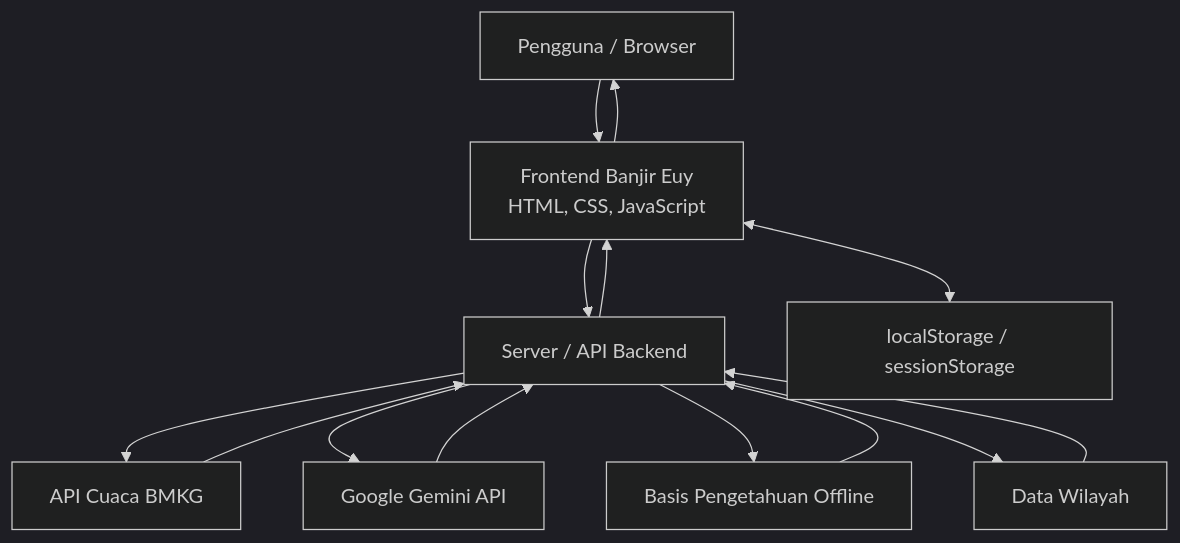
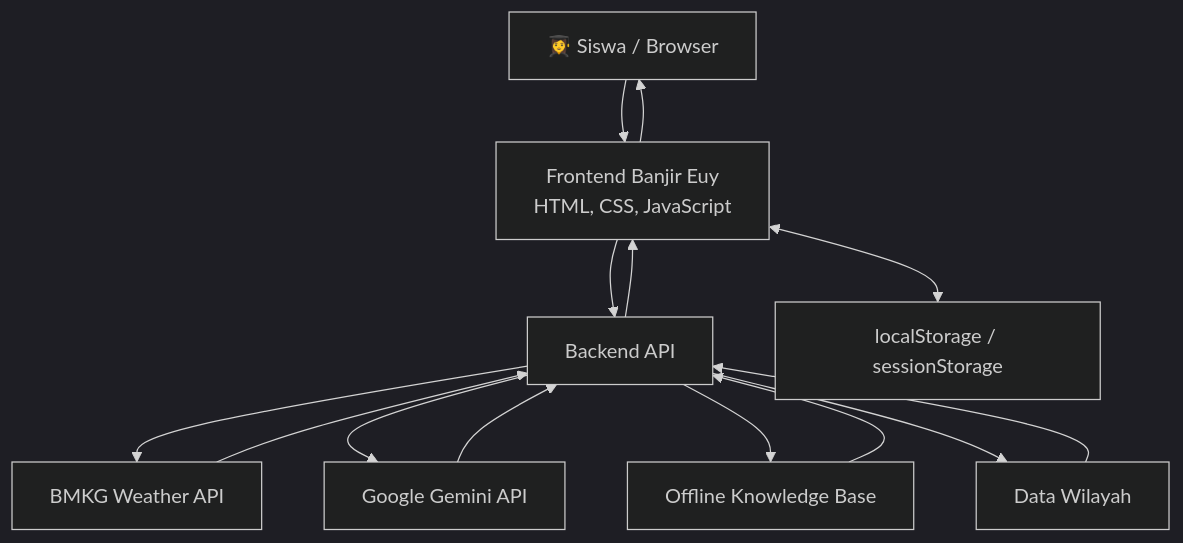
Before and after one commit to arzhellaalyanaalcaf-byte/logicodix2026-gass-aja: the diagram in README.md, drawn with Mermaid (dark theme). The commit also changed other lines of this file, not shown here.

````diff
--- a/README.md
+++ b/README.md
@@ -105,25 +126,25 @@
 ```mermaid
 flowchart TD
-    A["Pengguna / Browser"]
+    A["👩‍🎓 Siswa / Browser"]
     B["Frontend Banjir Euy<br/>HTML, CSS, JavaScript"]
-    C["Server / API Backend"]
-    D["API Cuaca BMKG"]
+    C["Backend API"]
+    D["BMKG Weather API"]
     E["Google Gemini API"]
-    F["Basis Pengetahuan Offline"]
+    F["Offline Knowledge Base"]
     G["Data Wilayah"]
     H["localStorage / sessionStorage"]
 
     A --> B
+    B <--> H
     B --> C
     C --> D
     C --> E
     C --> F
     C --> G
-    B <--> H
     D --> C
     E --> C
     F --> C
     G --> C
     C --> B
     B --> A
 ```
````
